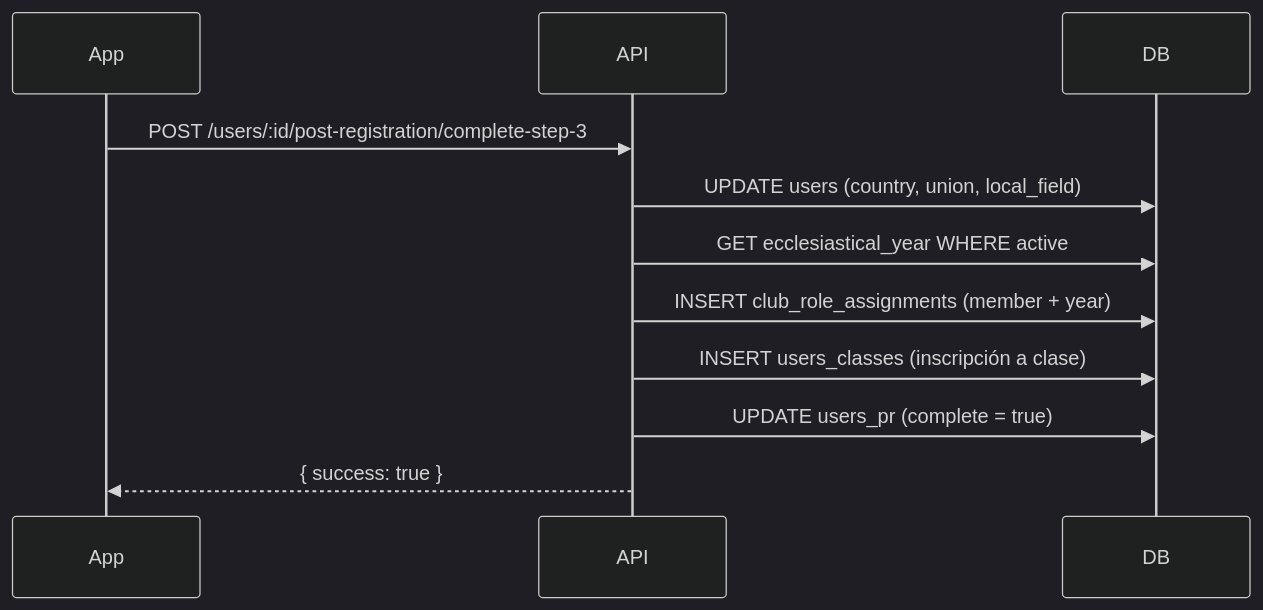
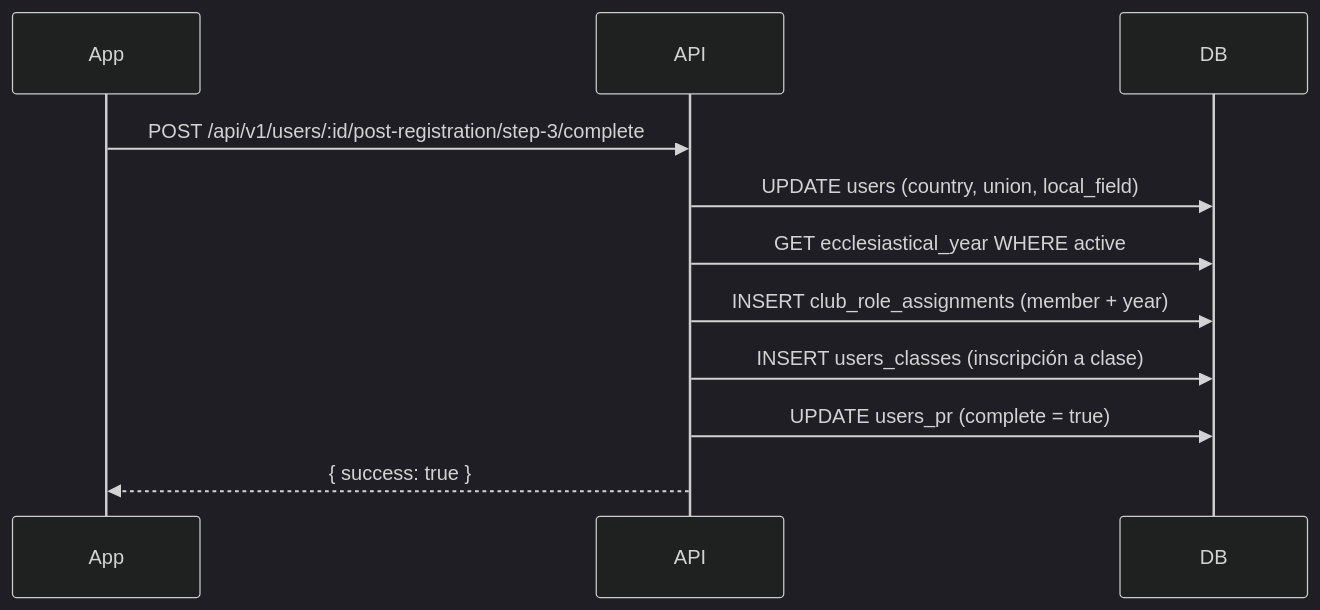
One commit to abn-r/sacdia changed the third of 3 diagrams in docs/01-OVERVIEW.md. Above: the diagram before and after it, drawn with Mermaid (dark theme). The commit also changed other lines of this file and 39 other files, not shown here.

````diff
--- a/docs/01-OVERVIEW.md
+++ b/docs/01-OVERVIEW.md
@@ -194,14 +194,14 @@
 ```mermaid
 sequenceDiagram
     participant App
     participant API
     participant DB
     
-    App->>API: POST /users/:id/post-registration/complete-step-3
+    App->>API: POST /api/v1/users/:id/post-registration/step-3/complete
     API->>DB: UPDATE users (country, union, local_field)
     API->>DB: GET ecclesiastical_year WHERE active
     API->>DB: INSERT club_role_assignments (member + year)
     API->>DB: INSERT users_classes (inscripción a clase)
     API->>DB: UPDATE users_pr (complete = true)
     API-->>App: { success: true }
 ```
````
